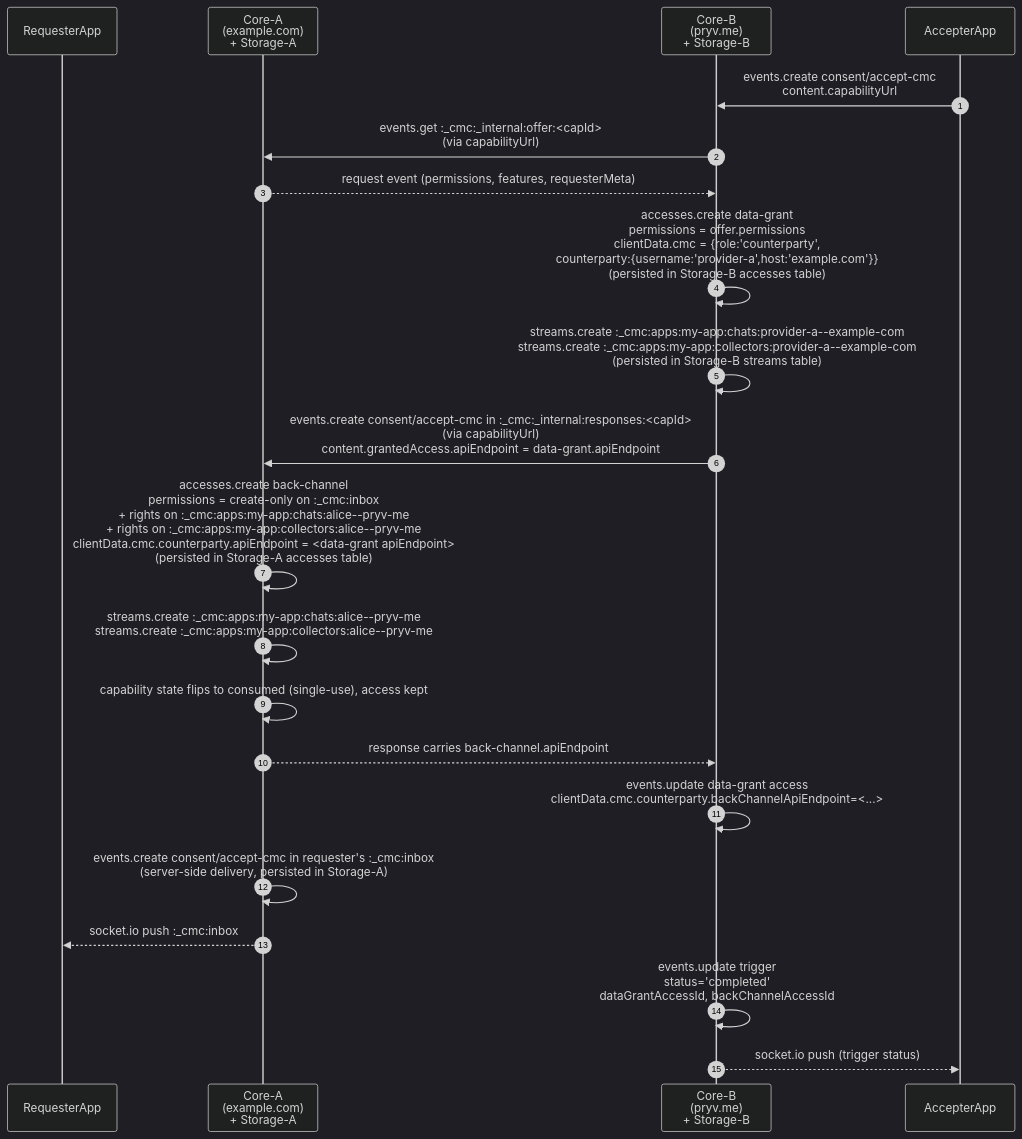
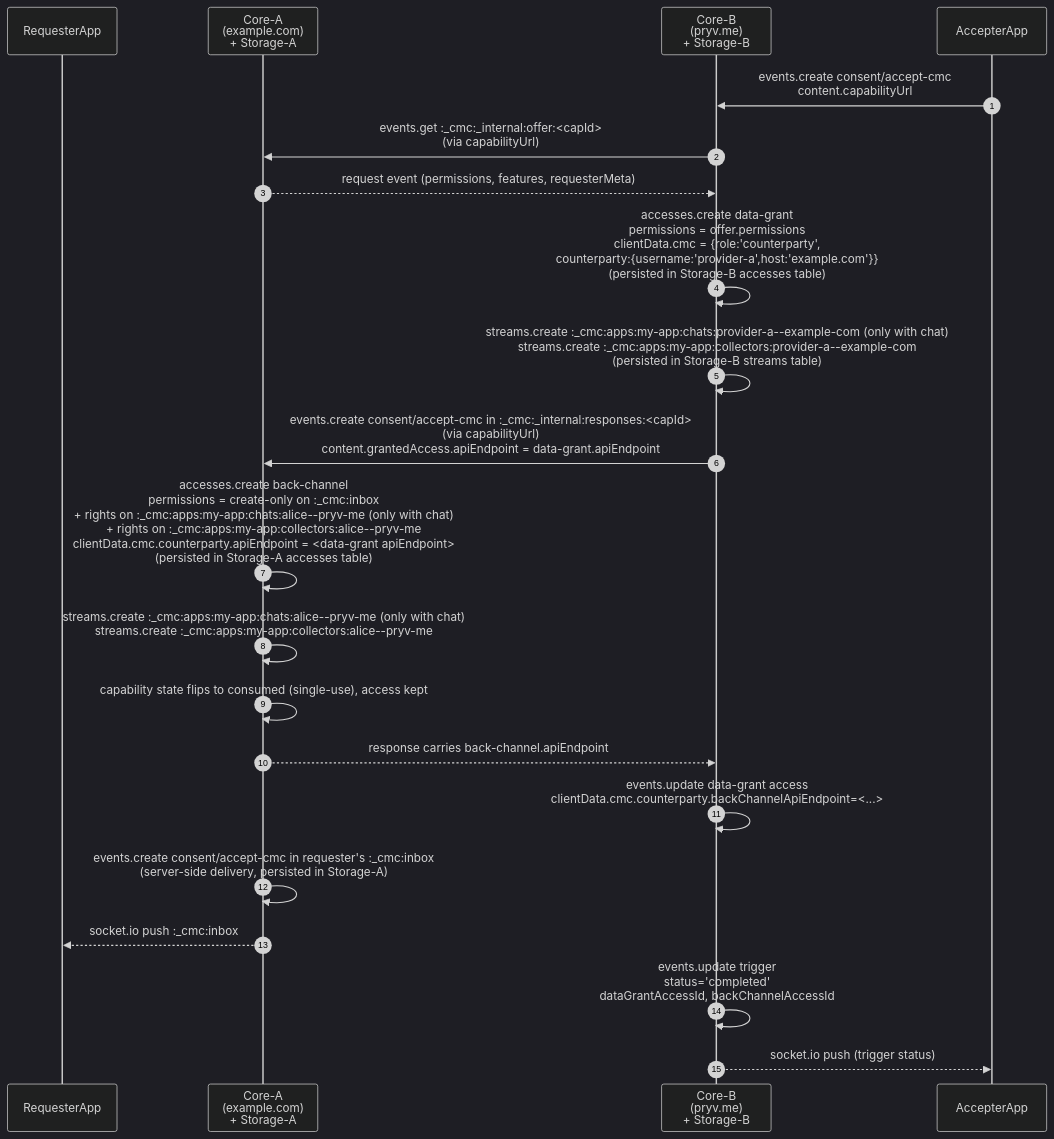
The third of 14 diagrams in components/cmc/INTERNALS.md (pryv/open-pryv.io), drawn with Mermaid (dark theme) before and after one commit. The commit also changed other lines of this file and 22 other files, not shown here.

First line of the commit message:
cmc: features.chat decides whether a relationship gets a chat channel (#149)

````diff
--- a/components/cmc/INTERNALS.md
+++ b/components/cmc/INTERNALS.md
@@ -130,24 +132,24 @@
 ```mermaid
 sequenceDiagram
     autonumber
     participant RequesterApp
     participant CoreA as Core-A<br/>(example.com)<br/>+ Storage-A
     participant CoreB as Core-B<br/>(pryv.me)<br/>+ Storage-B
     participant AccepterApp
 
     AccepterApp->>CoreB: events.create consent/accept-cmc<br/>content.capabilityUrl
     CoreB->>CoreA: events.get :_cmc:_internal:offer:<capId><br/>(via capabilityUrl)
     CoreA-->>CoreB: request event (permissions, features, requesterMeta)
     CoreB->>CoreB: accesses.create data-grant<br/>permissions = offer.permissions<br/>clientData.cmc = {role:'counterparty',<br/>counterparty:{username:'provider-a',host:'example.com'}}<br/>(persisted in Storage-B accesses table)
-    CoreB->>CoreB: streams.create :_cmc:apps:my-app:chats:provider-a--example-com<br/>streams.create :_cmc:apps:my-app:collectors:provider-a--example-com<br/>(persisted in Storage-B streams table)
+    CoreB->>CoreB: streams.create :_cmc:apps:my-app:chats:provider-a--example-com (only with chat)<br/>streams.create :_cmc:apps:my-app:collectors:provider-a--example-com<br/>(persisted in Storage-B streams table)
     CoreB->>CoreA: events.create consent/accept-cmc in :_cmc:_internal:responses:<capId><br/>(via capabilityUrl)<br/>content.grantedAccess.apiEndpoint = data-grant.apiEndpoint
-    CoreA->>CoreA: accesses.create back-channel<br/>permissions = create-only on :_cmc:inbox<br/>+ rights on :_cmc:apps:my-app:chats:alice--pryv-me<br/>+ rights on :_cmc:apps:my-app:collectors:alice--pryv-me<br/>clientData.cmc.counterparty.apiEndpoint = <data-grant apiEndpoint><br/>(persisted in Storage-A accesses table)
-    CoreA->>CoreA: streams.create :_cmc:apps:my-app:chats:alice--pryv-me<br/>streams.create :_cmc:apps:my-app:collectors:alice--pryv-me
+    CoreA->>CoreA: accesses.create back-channel<br/>permissions = create-only on :_cmc:inbox<br/>+ rights on :_cmc:apps:my-app:chats:alice--pryv-me (only with chat)<br/>+ rights on :_cmc:apps:my-app:collectors:alice--pryv-me<br/>clientData.cmc.counterparty.apiEndpoint = <data-grant apiEndpoint><br/>(persisted in Storage-A accesses table)
+    CoreA->>CoreA: streams.create :_cmc:apps:my-app:chats:alice--pryv-me (only with chat)<br/>streams.create :_cmc:apps:my-app:collectors:alice--pryv-me
     CoreA->>CoreA: capability state flips to consumed (single-use), access kept
     CoreA-->>CoreB: response carries back-channel.apiEndpoint
     CoreB->>CoreB: events.update data-grant access<br/>clientData.cmc.counterparty.backChannelApiEndpoint=<...>
     CoreA->>CoreA: events.create consent/accept-cmc in requester's :_cmc:inbox<br/>(server-side delivery, persisted in Storage-A)
     CoreA-->>RequesterApp: socket.io push :_cmc:inbox
     CoreB->>CoreB: events.update trigger<br/>status='completed'<br/>dataGrantAccessId, backChannelAccessId
     CoreB-->>AccepterApp: socket.io push (trigger status)
 ```
````
